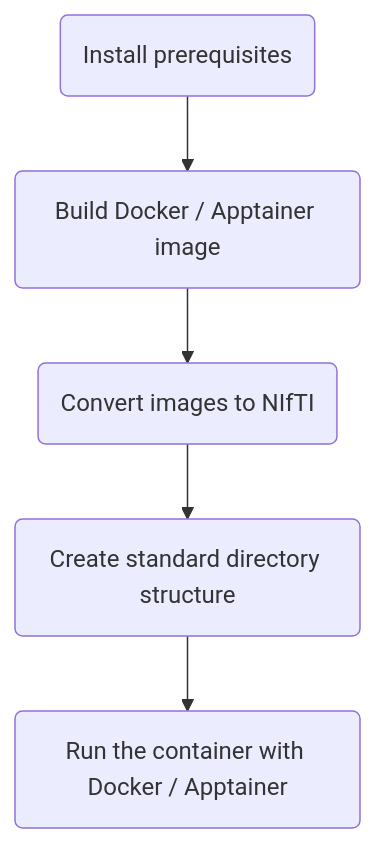
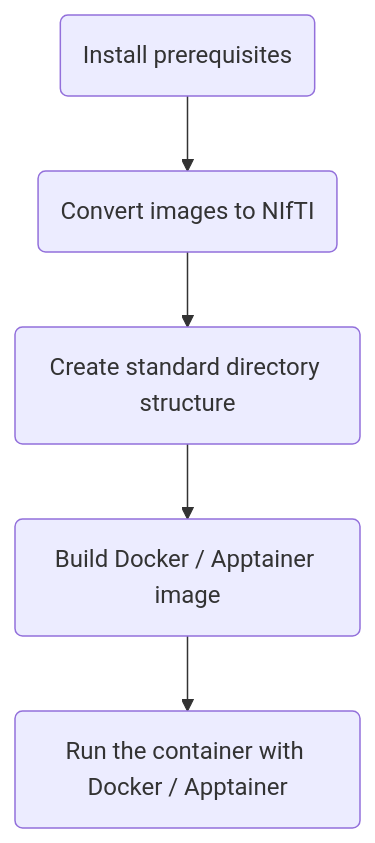
The diagram in README.md (UCL-ARC/Enigma-PD-WML), drawn with Mermaid before and after one commit. The commit also changed other lines of this file, not shown here.

````diff
--- a/README.md
+++ b/README.md
@@ -25,13 +25,13 @@
 ```mermaid
 %%{init: {"flowchart": {"htmlLabels": false}} }%%
 flowchart TD
     installation("`Install prerequisites`")
-    build("`Build Docker / Apptainer image`")
     convert("`Convert images to NIfTI`")
     structure("`Create standard directory structure`")
+    build("`Build Docker / Apptainer image`")
     run("`Run the container with Docker / Apptainer`")
-    installation --> build
-    build --> convert
+    installation --> convert
     convert --> structure
-    structure --> run
+    structure --> build
+    build --> run
 ```
````
